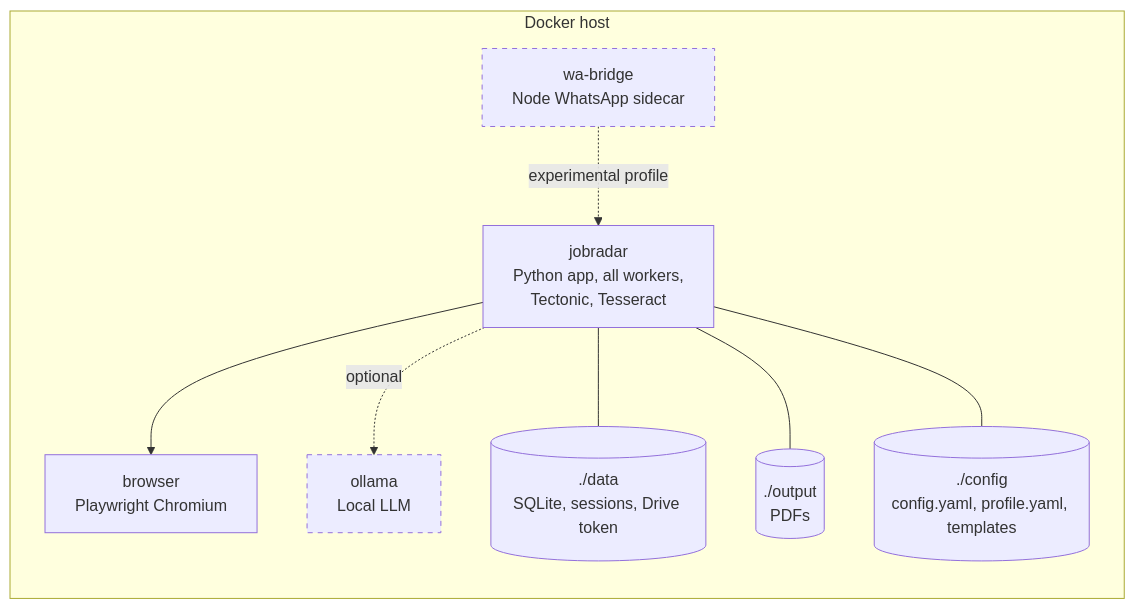
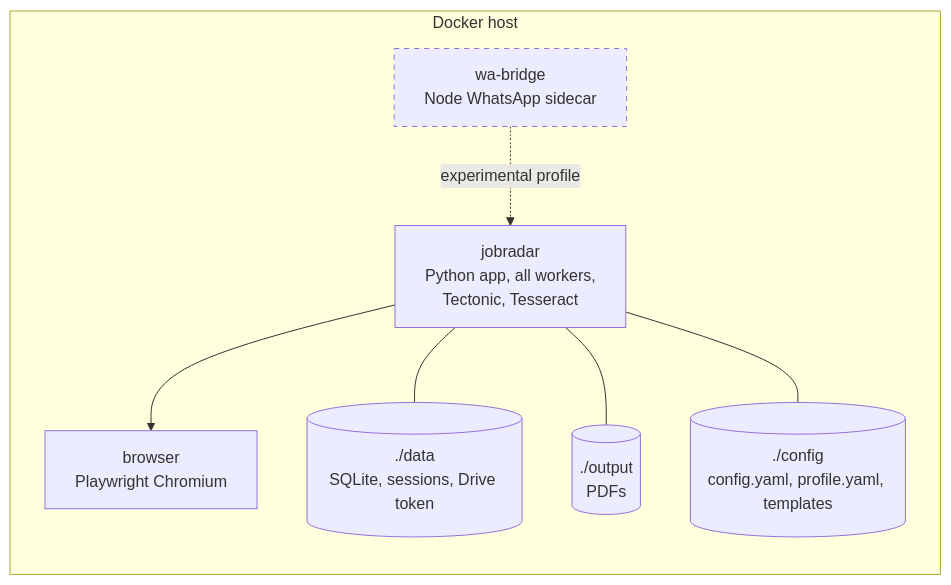
The fourth of 4 diagrams in docs/HLD.md (ThePlator/JobRadar), drawn with Mermaid before and after one commit. The commit also changed other lines of this file and 6 other files, not shown here.

````diff
--- a/docs/HLD.md
+++ b/docs/HLD.md
@@ -217,18 +217,15 @@
 ```mermaid
 flowchart LR
     subgraph Host["Docker host"]
         J["jobradar<br/>Python app, all workers,<br/>Tectonic, Tesseract"]
         B["browser<br/>Playwright Chromium"]
         W["wa-bridge<br/>Node WhatsApp sidecar"]
-        O["ollama<br/>Local LLM"]
         V1[("./data<br/>SQLite, sessions, Drive token")]
         V2[("./output<br/>PDFs")]
         V3[("./config<br/>config.yaml, profile.yaml, templates")]
     end
     J --> B
     W -. experimental profile .-> J
-    J -. optional .-> O
     J --- V1 & V2 & V3
     style W stroke-dasharray: 5 5
-    style O stroke-dasharray: 5 5
 ```
````
